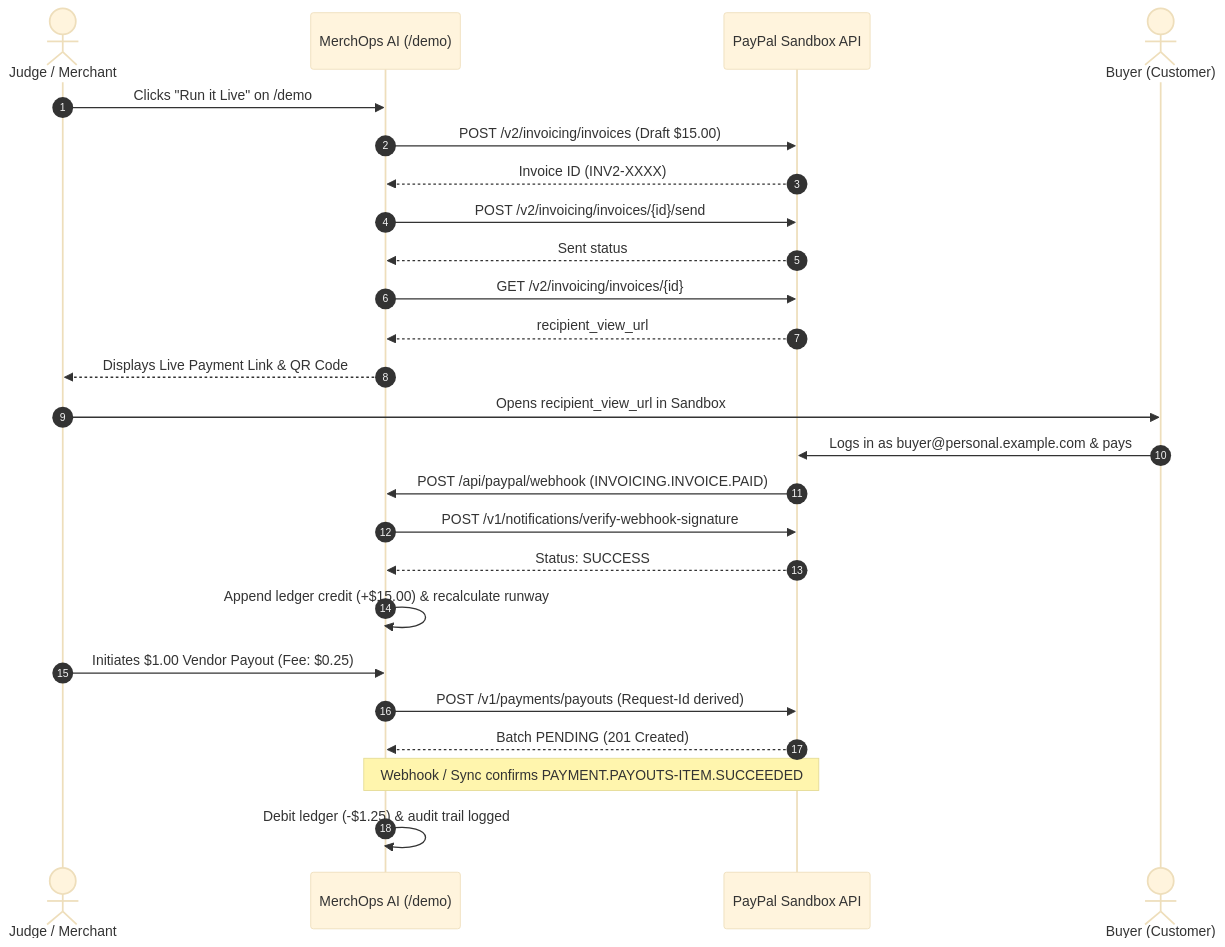
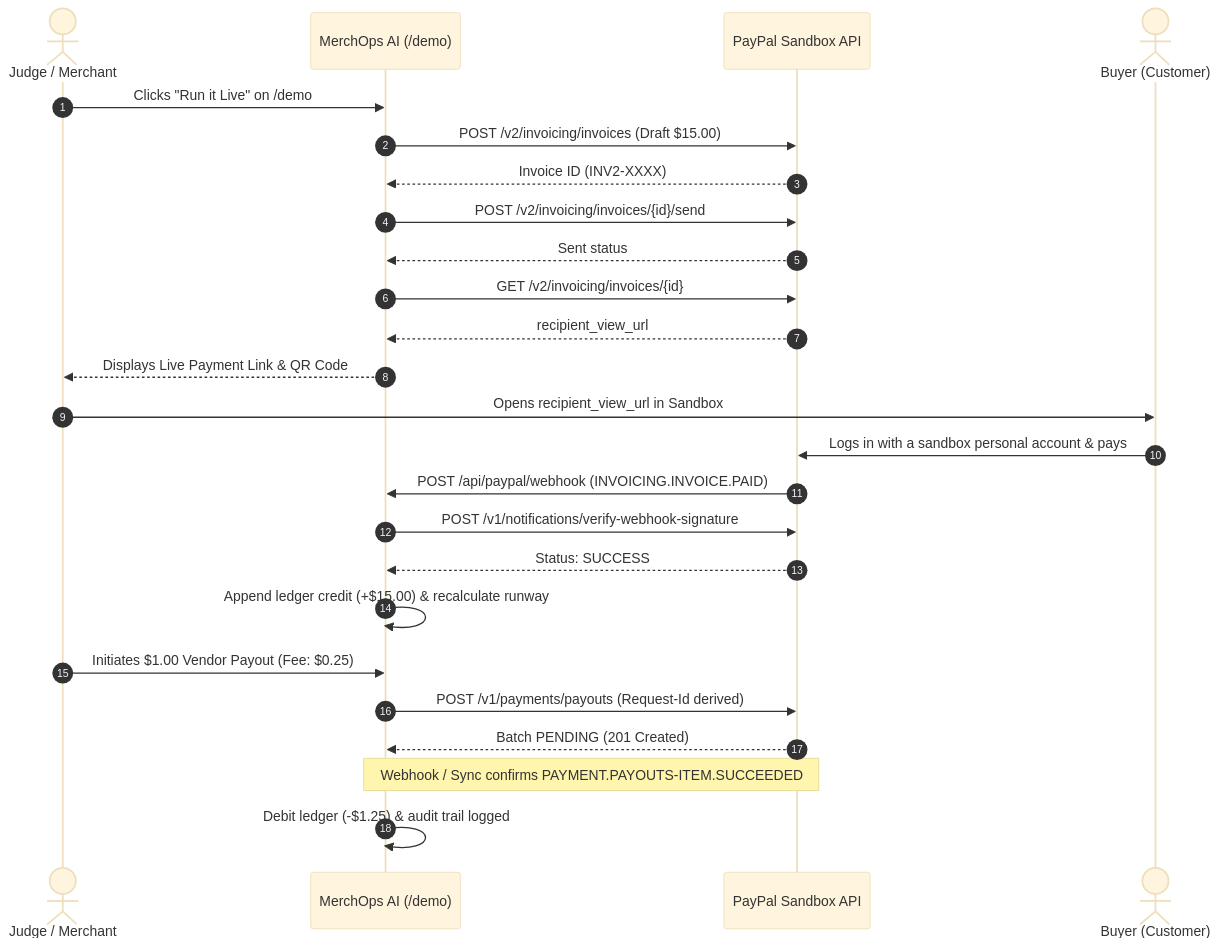
One commit to Viruss07/merchops-ai changed the diagram in docs/SANDBOX_GUIDE.md. Above: the diagram before and after it, drawn with Mermaid (base theme). The commit also changed other lines of this file and 30 other files, not shown here.

````diff
--- a/docs/SANDBOX_GUIDE.md
+++ b/docs/SANDBOX_GUIDE.md
@@ -101,28 +100,28 @@
 ```mermaid
 sequenceDiagram
     autonumber
     actor Judge as Judge / Merchant
     participant App as MerchOps AI (/demo)
     participant PayPal as PayPal Sandbox API
     actor Buyer as Buyer (Customer)
 
     Judge->>App: Clicks "Run it Live" on /demo
     App->>PayPal: POST /v2/invoicing/invoices (Draft $15.00)
     PayPal-->>App: Invoice ID (INV2-XXXX)
     App->>PayPal: POST /v2/invoicing/invoices/{id}/send
     PayPal-->>App: Sent status
     App->>PayPal: GET /v2/invoicing/invoices/{id}
     PayPal-->>App: recipient_view_url
     App-->>Judge: Displays Live Payment Link & QR Code
     Judge->>Buyer: Opens recipient_view_url in Sandbox
-    Buyer->>PayPal: Logs in as buyer@personal.example.com & pays
+    Buyer->>PayPal: Logs in with a sandbox personal account & pays
     PayPal->>App: POST /api/paypal/webhook (INVOICING.INVOICE.PAID)
     App->>PayPal: POST /v1/notifications/verify-webhook-signature
     PayPal-->>App: Status: SUCCESS
     App->>App: Append ledger credit (+$15.00) & recalculate runway
     Judge->>App: Initiates $1.00 Vendor Payout (Fee: $0.25)
     App->>PayPal: POST /v1/payments/payouts (Request-Id derived)
     PayPal-->>App: Batch PENDING (201 Created)
     Note over App,PayPal: Webhook / Sync confirms PAYMENT.PAYOUTS-ITEM.SUCCEEDED
     App->>App: Debit ledger (-$1.25) & audit trail logged
 ```
````
